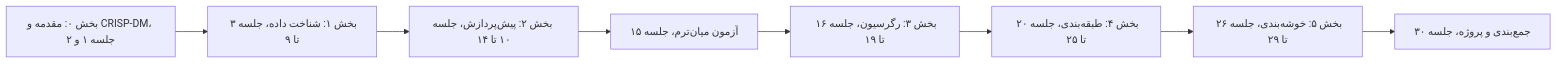
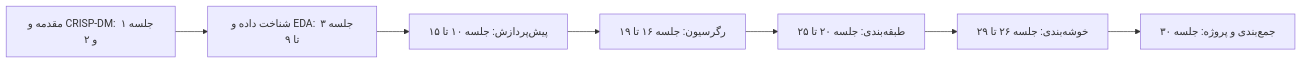
The diagram in Part 6_Clustering/30 - جمع‌بندی و ارائه پروژه‌ها.md (haghbinh/DM_Course), drawn with Mermaid before and after one commit. The commit also changed other lines of this file and 23 other files, not shown here.

````diff
--- a/Part 6_Clustering/30 - جمع‌بندی و ارائه پروژه‌ها.md
+++ b/Part 6_Clustering/30 - جمع‌بندی و ارائه پروژه‌ها.md
@@ -13,10 +11,9 @@
 ```mermaid
 flowchart LR
-    A["بخش ۰: مقدمه و CRISP-DM، جلسه ۱ و ۲"] --> B["بخش ۱: شناخت داده، جلسه ۳ تا ۹"]
-    B --> C["بخش ۲: پیش‌پردازش، جلسه ۱۰ تا ۱۴"]
-    C --> D["آزمون میان‌ترم، جلسه ۱۵"]
-    D --> E["بخش ۳: رگرسیون، جلسه ۱۶ تا ۱۹"]
-    E --> F["بخش ۴: طبقه‌بندی، جلسه ۲۰ تا ۲۵"]
-    F --> G["بخش ۵: خوشه‌بندی، جلسه ۲۶ تا ۲۹"]
-    G --> H["جمع‌بندی و پروژه، جلسه ۳۰"]
+    A["مقدمه و CRISP-DM: جلسه ۱ و ۲"] --> B["شناخت داده و EDA: جلسه ۳ تا ۹"]
+    B --> C["پیش‌پردازش: جلسه ۱۰ تا ۱۵"]
+    C --> E["رگرسیون: جلسه ۱۶ تا ۱۹"]
+    E --> F["طبقه‌بندی: جلسه ۲۰ تا ۲۵"]
+    F --> G["خوشه‌بندی: جلسه ۲۶ تا ۲۹"]
+    G --> H["جمع‌بندی و پروژه: جلسه ۳۰"]
 ```
````
